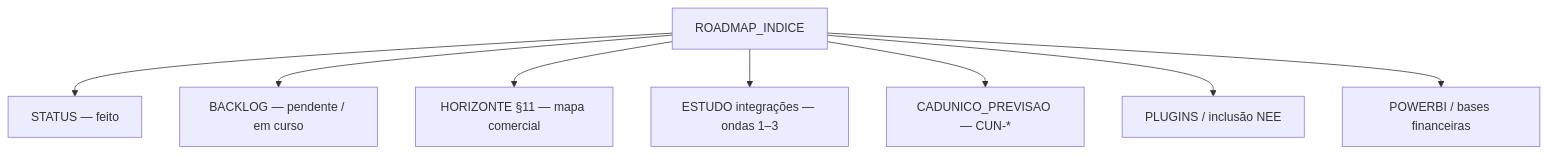
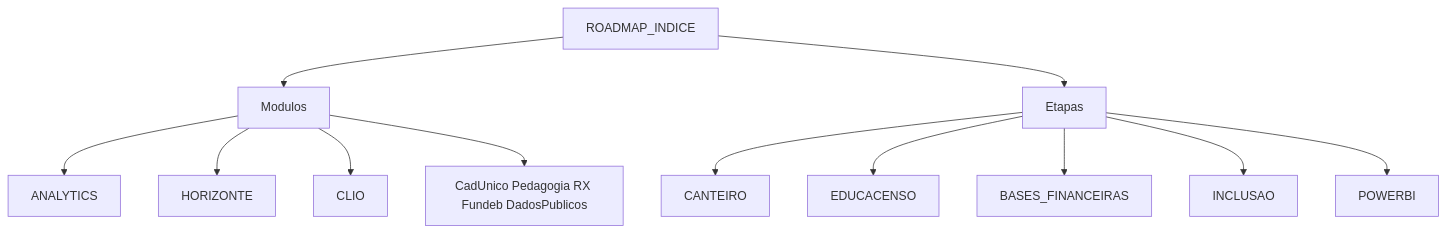
One commit to JaderGabriel/serventec-servlitcys changed the diagram in docs/ROADMAP_INDICE.md. Above: the diagram before and after it, drawn with Mermaid. The commit also changed other lines of this file and 73 other files, not shown here.

First line of the commit message:
feat: Canteiro completo e padronização ROADMAP_* no leitor

````diff
--- a/docs/ROADMAP_INDICE.md
+++ b/docs/ROADMAP_INDICE.md
@@ -22,11 +36,15 @@
 ```mermaid
 flowchart TD
-    R[ROADMAP_INDICE]
-    R --> S[STATUS — feito]
-    R --> B[BACKLOG — pendente / em curso]
-    R --> H[HORIZONTE §11 — mapa comercial]
-    R --> I[ESTUDO integrações — ondas 1–3]
-    R --> C[CADUNICO_PREVISAO — CUN-*]
-    R --> P[PLUGINS / inclusão NEE]
-    R --> F[POWERBI / bases financeiras]
+  indice[ROADMAP_INDICE]
+  indice --> mods[Modulos]
+  indice --> etapas[Etapas]
+  mods --> analytics[ANALYTICS]
+  mods --> horizonte[HORIZONTE]
+  mods --> clio[CLIO]
+  mods --> outros[CadUnico Pedagogia RX Fundeb DadosPublicos]
+  etapas --> canteiro[CANTEIRO]
+  etapas --> educacenso[EDUCACENSO]
+  etapas --> bases[BASES_FINANCEIRAS]
+  etapas --> inclusao[INCLUSAO]
+  etapas --> powerbi[POWERBI]
 ```
````
